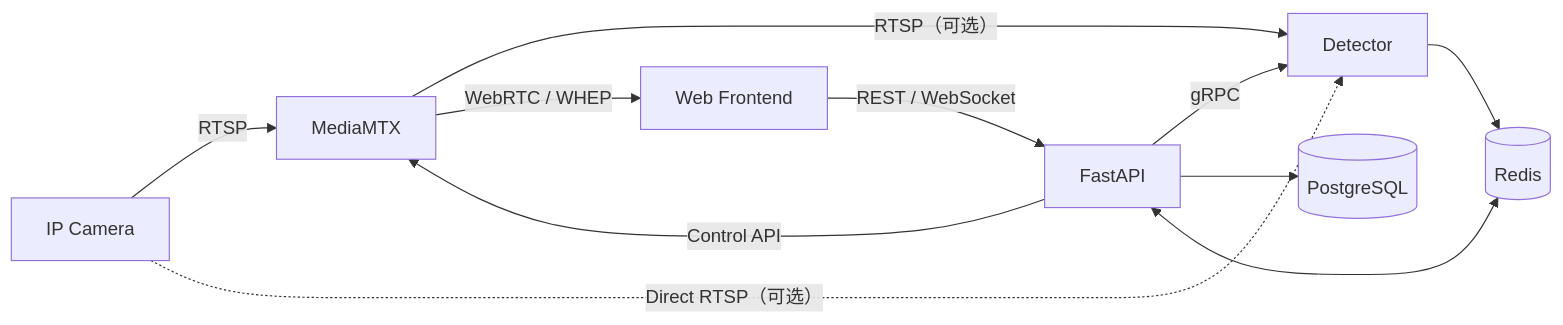
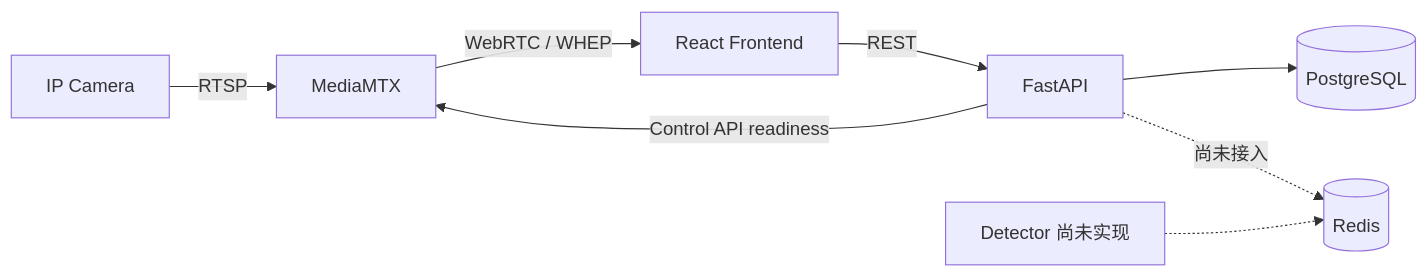
Before and after one commit to fuweihang/sop-vision: the diagram in README.md, drawn with Mermaid. The commit also changed other lines of this file and 41 other files, not shown here.

````diff
--- a/README.md
+++ b/README.md
@@ -12,13 +23,10 @@
 ```mermaid
 flowchart LR
-    CAM["IP Camera"] -->|RTSP| MTX["MediaMTX"]
-    CAM -. "Direct RTSP（可选）" .-> DET["Detector"]
-    MTX -->|RTSP（可选）| DET
-    MTX -->|WebRTC / WHEP| FE["Web Frontend"]
-    FE -->|REST / WebSocket| API["FastAPI"]
-    API -->|Control API| MTX
-    API -->|gRPC| DET
+    CAM[IP Camera] -->|RTSP| MTX[MediaMTX]
+    MTX -->|WebRTC / WHEP| FE[React Frontend]
+    FE -->|REST| API[FastAPI]
     API --> PG[(PostgreSQL)]
-    API <--> REDIS[(Redis)]
-    DET --> REDIS
+    API -->|Control API readiness| MTX
+    API -. "尚未接入" .-> REDIS[(Redis)]
+    DET[Detector 尚未实现] -.-> REDIS
 ```
````
